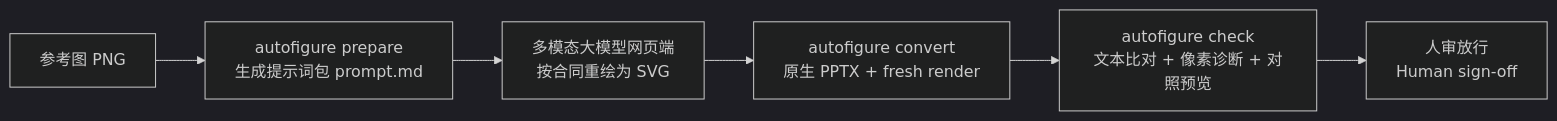
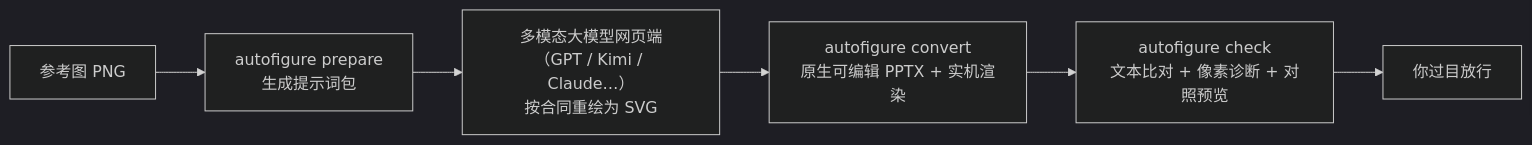
One commit to let778750-cpu/autofigure changed the diagram in README.md. Above: the diagram before and after it, drawn with Mermaid (dark theme). The commit also changed other lines of this file and 3 other files, not shown here.

````diff
--- a/README.md
+++ b/README.md
@@ -45,8 +59,8 @@
 ```mermaid
 flowchart LR
-    A["参考图 PNG"] --> B["autofigure prepare<br/>生成提示词包 prompt.md"]
-    B --> C["多模态大模型网页端<br/>按合同重绘为 SVG"]
-    C --> D["autofigure convert<br/>原生 PPTX + fresh render"]
+    A["参考图 PNG"] --> B["autofigure prepare<br/>生成提示词包"]
+    B --> C["多模态大模型网页端<br/>（GPT / Kimi / Claude…）<br/>按合同重绘为 SVG"]
+    C --> D["autofigure convert<br/>原生可编辑 PPTX + 实机渲染"]
     D --> E["autofigure check<br/>文本比对 + 像素诊断 + 对照预览"]
-    E --> F["人审放行<br/>Human sign-off"]
+    E --> F["你过目放行"]
 ```
````
